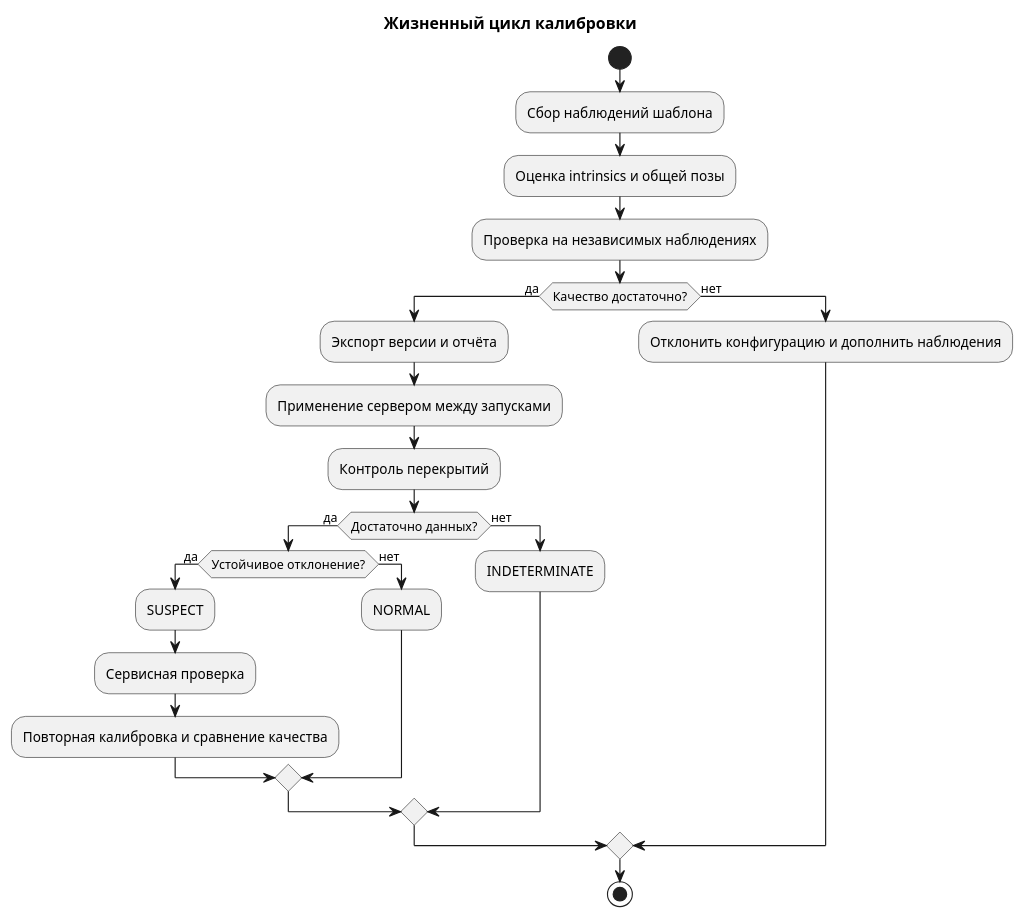
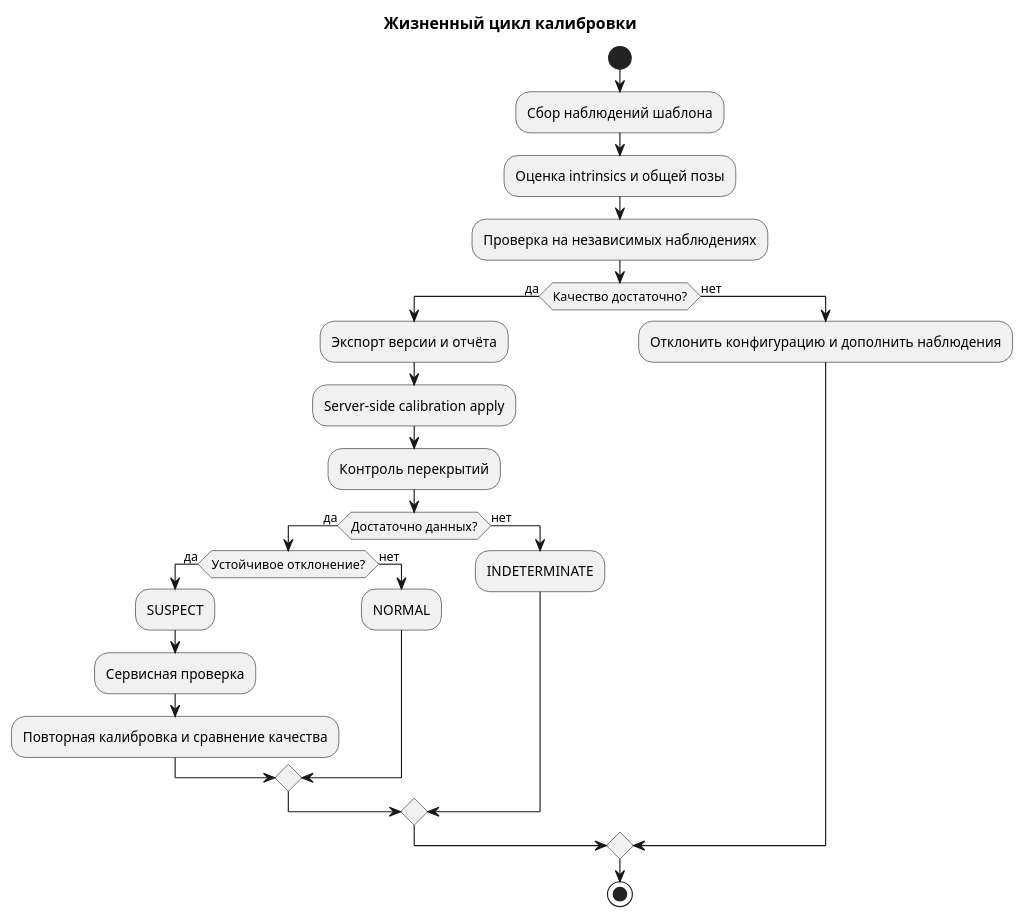
The diagram in docs/research/CALIBRATION.md (AKTOETO/Surround-view), drawn with PlantUML before and after one commit. The commit also changed other lines of this file and 31 other files, not shown here.

````diff
--- a/docs/research/CALIBRATION.md
+++ b/docs/research/CALIBRATION.md
@@ -37,28 +37,28 @@
 ```plantuml
 @startuml
 title Жизненный цикл калибровки
 start
 :Сбор наблюдений шаблона;
 :Оценка intrinsics и общей позы;
 :Проверка на независимых наблюдениях;
 if (Качество достаточно?) then (да)
   :Экспорт версии и отчёта;
-  :Применение сервером между запусками;
+  :Server-side calibration apply;
   :Контроль перекрытий;
   if (Достаточно данных?) then (да)
     if (Устойчивое отклонение?) then (да)
       :SUSPECT;
       :Сервисная проверка;
       :Повторная калибровка и сравнение качества;
     else (нет)
       :NORMAL;
     endif
   else (нет)
     :INDETERMINATE;
   endif
 else (нет)
   :Отклонить конфигурацию и дополнить наблюдения;
 endif
 stop
 @enduml
 ```
````
